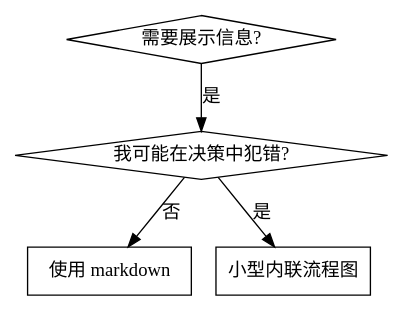
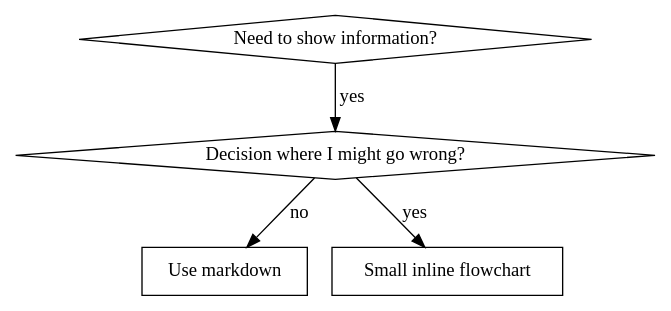
One commit to seetheworldwithme/yakit changed the first of 2 diagrams in .agents/skills/writing-skills/SKILL.md. Above: the diagram before and after it, drawn with Graphviz. The commit also changed other lines of this file and 82 other files, not shown here.

````diff
--- a/.agents/skills/writing-skills/SKILL.md
+++ b/.agents/skills/writing-skills/SKILL.md
@@ -296,12 +292,12 @@
 ```dot
 digraph when_flowchart {
-    "需要展示信息?" [shape=diamond];
-    "我可能在决策中犯错?" [shape=diamond];
-    "使用 markdown" [shape=box];
-    "小型内联流程图" [shape=box];
+    "Need to show information?" [shape=diamond];
+    "Decision where I might go wrong?" [shape=diamond];
+    "Use markdown" [shape=box];
+    "Small inline flowchart" [shape=box];
 
-    "需要展示信息?" -> "我可能在决策中犯错?" [label="是"];
-    "我可能在决策中犯错?" -> "小型内联流程图" [label="是"];
-    "我可能在决策中犯错?" -> "使用 markdown" [label="否"];
+    "Need to show information?" -> "Decision where I might go wrong?" [label="yes"];
+    "Decision where I might go wrong?" -> "Small inline flowchart" [label="yes"];
+    "Decision where I might go wrong?" -> "Use markdown" [label="no"];
 }
 ```
````
